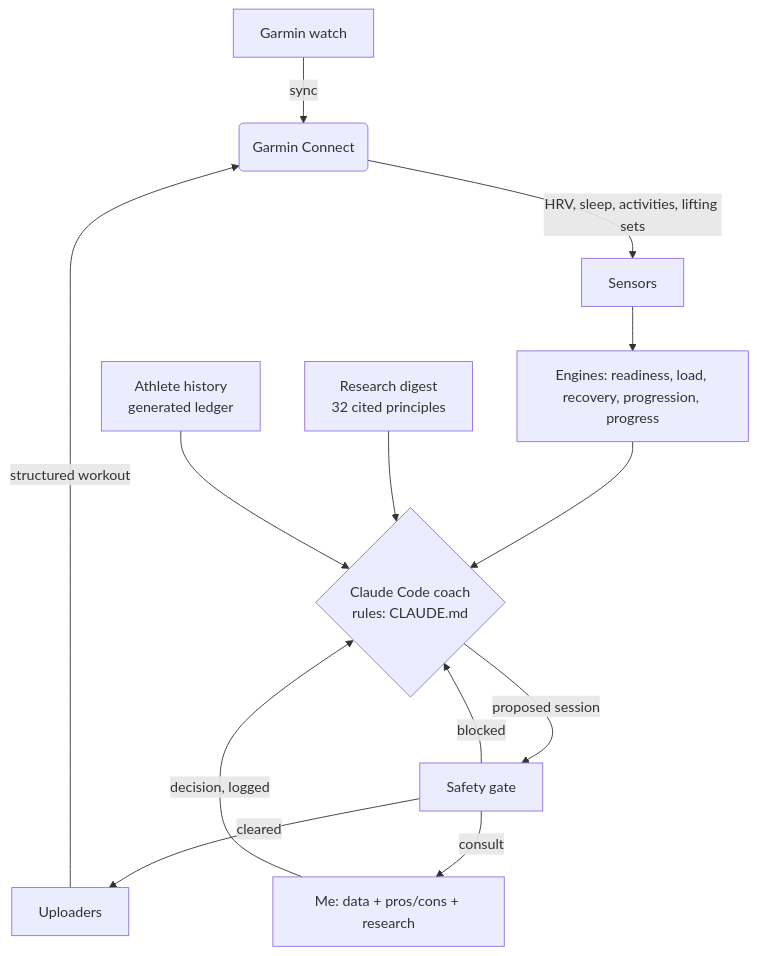
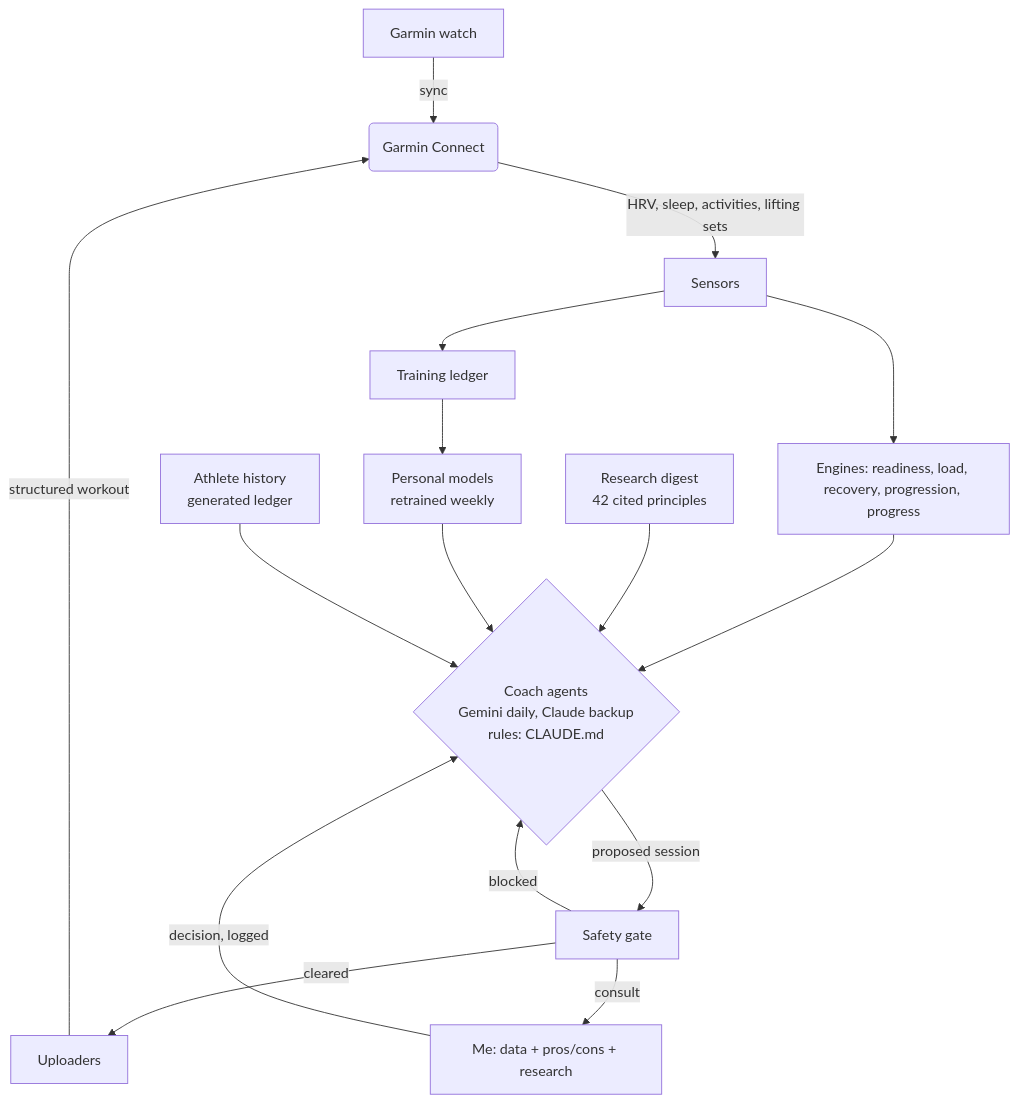
One commit to maxxsotelo/marathon-agent-public changed the diagram in README.md. Above: the diagram before and after it, drawn with Mermaid. The commit also changed other lines of this file and 31 other files, not shown here.

First line of the commit message:
November update: personal models retrained weekly, training ledger, run card (#1)

````diff
--- a/README.md
+++ b/README.md
@@ -41,14 +45,15 @@
 ```mermaid
 graph TD
     W[Garmin watch] -->|sync| G(Garmin Connect)
     G -->|HRV, sleep, activities, lifting sets| S[Sensors]
     S --> E[Engines: readiness, load, recovery, progression, progress]
-    E --> C{Claude Code coach<br/>rules: CLAUDE.md}
-    R[Research digest<br/>32 cited principles] --> C
+    E --> C{Coach agents<br/>Gemini daily, Claude backup<br/>rules: CLAUDE.md}
+    R[Research digest<br/>42 cited principles] --> C
+    S --> L[Training ledger] --> P[Personal models<br/>retrained weekly] --> C
     H[Athlete history<br/>generated ledger] --> C
     C -->|proposed session| GATE[Safety gate]
     GATE -->|cleared| U[Uploaders] -->|structured workout| G
     GATE -->|blocked| C
     GATE -->|consult| M[Me: data + pros/cons + research]
     M -->|decision, logged| C
 ```
````
